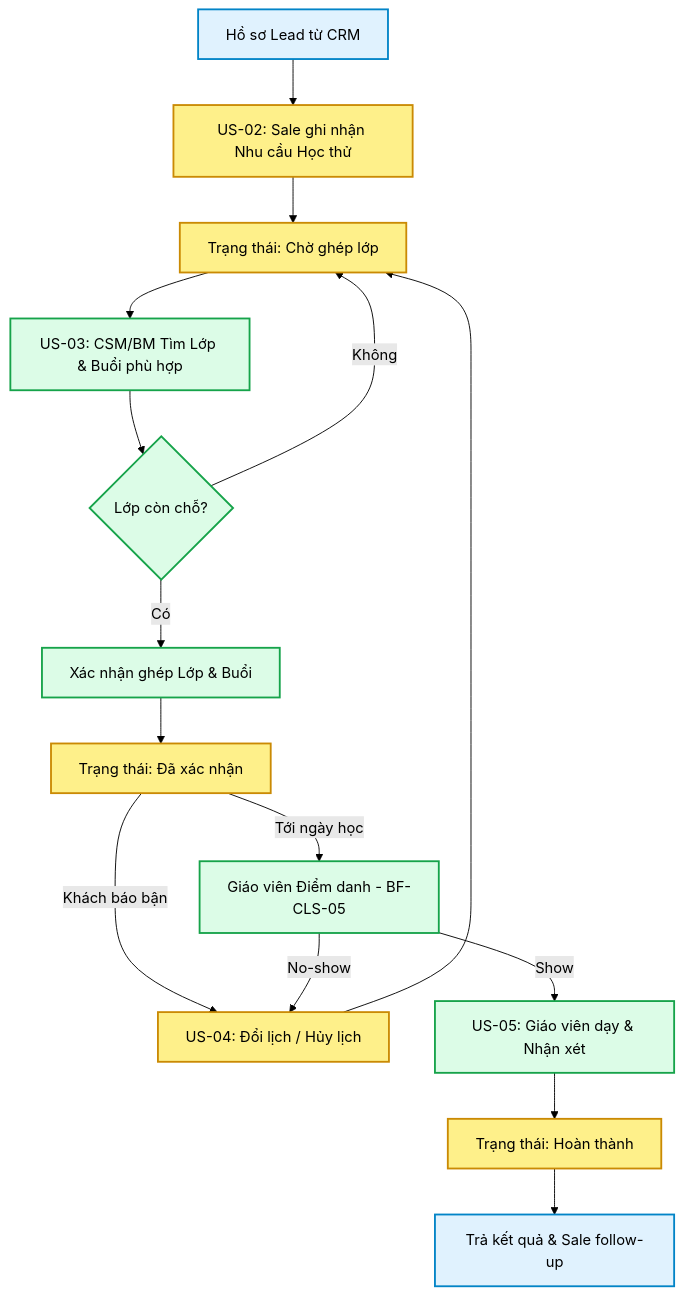
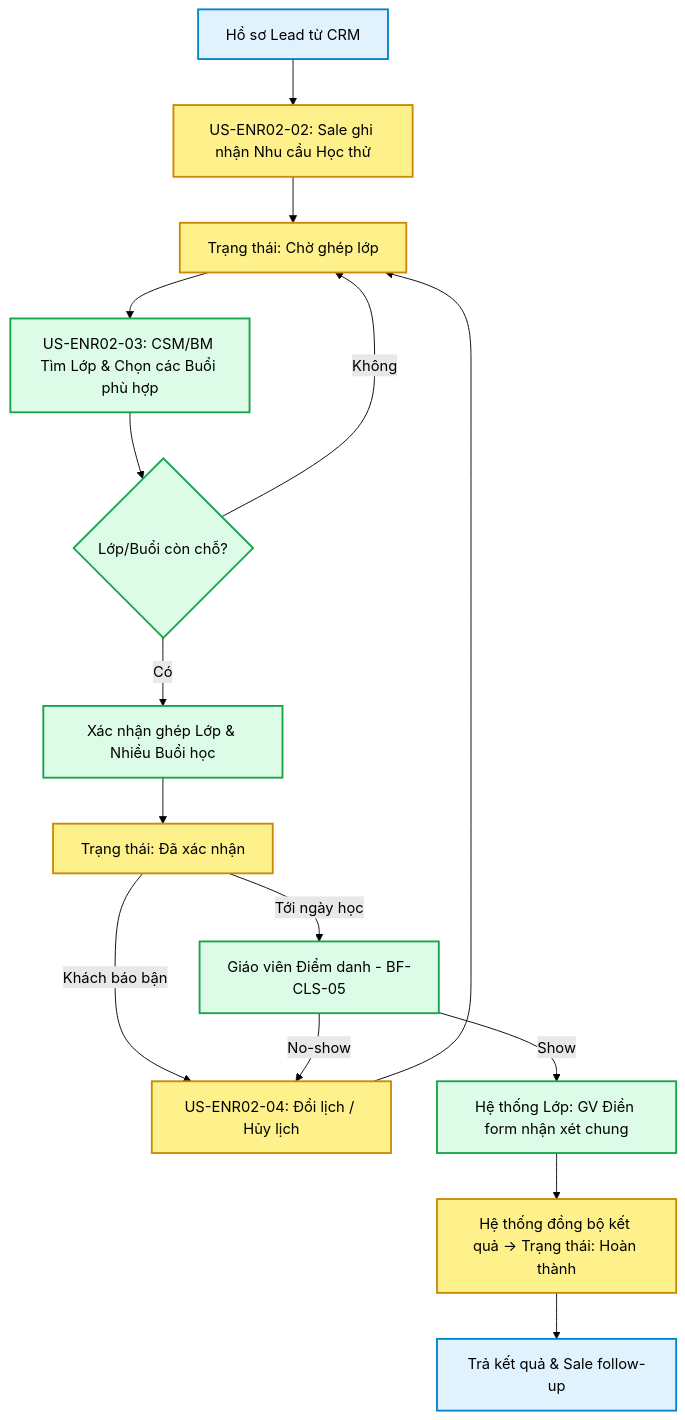
Before and after one commit to Gasyone/rinov5-station: the diagram in docs/business-functions/FLOW-ENR-02-hoc-thu-ghep-buoi.md, drawn with Mermaid (forest theme). The commit also changed other lines of this file and 679 other files, not shown here.

````diff
--- a/docs/business-functions/FLOW-ENR-02-hoc-thu-ghep-buoi.md
+++ b/docs/business-functions/FLOW-ENR-02-hoc-thu-ghep-buoi.md
@@ -11,26 +20,26 @@
 ```mermaid
 graph TD
     classDef crm fill:#e0f2fe,stroke:#0284c7,stroke-width:2px;
     classDef ops fill:#dcfce7,stroke:#16a34a,stroke-width:2px;
     classDef sale fill:#fef08a,stroke:#ca8a04,stroke-width:2px;
 
-    A[Hồ sơ Lead từ CRM]:::crm --> B[US-02: Sale ghi nhận Nhu cầu Học thử]:::sale
+    A[Hồ sơ Lead từ CRM]:::crm --> B[US-ENR02-02: Sale ghi nhận Nhu cầu Học thử]:::sale
     B --> C[Trạng thái: Chờ ghép lớp]:::sale
     
-    C --> D[US-03: CSM/BM Tìm Lớp & Buổi phù hợp]:::ops
-    D --> E{Lớp còn chỗ?}:::ops
+    C --> D[US-ENR02-03: CSM/BM Tìm Lớp & Chọn các Buổi phù hợp]:::ops
+    D --> E{Lớp/Buổi còn chỗ?}:::ops
     
     E -->|Không| C
-    E -->|Có| F[Xác nhận ghép Lớp & Buổi]:::ops
+    E -->|Có| F[Xác nhận ghép Lớp & Nhiều Buổi học]:::ops
     F --> G[Trạng thái: Đã xác nhận]:::sale
     
-    G -->|Khách báo bận| H[US-04: Đổi lịch / Hủy lịch]:::sale
+    G -->|Khách báo bận| H[US-ENR02-04: Đổi lịch / Hủy lịch]:::sale
     H --> C
     
     G -->|Tới ngày học| I[Giáo viên Điểm danh - BF-CLS-05]:::ops
     I -->|No-show| H
-    I -->|Show| J[US-05: Giáo viên dạy & Nhận xét]:::ops
+    I -->|Show| J[Hệ thống Lớp: GV Điền form nhận xét chung]:::ops
     
-    J --> K[Trạng thái: Hoàn thành]:::sale
+    J --> K[Hệ thống đồng bộ kết quả -> Trạng thái: Hoàn thành]:::sale
     K --> L[Trả kết quả & Sale follow-up]:::crm
 ```
````
